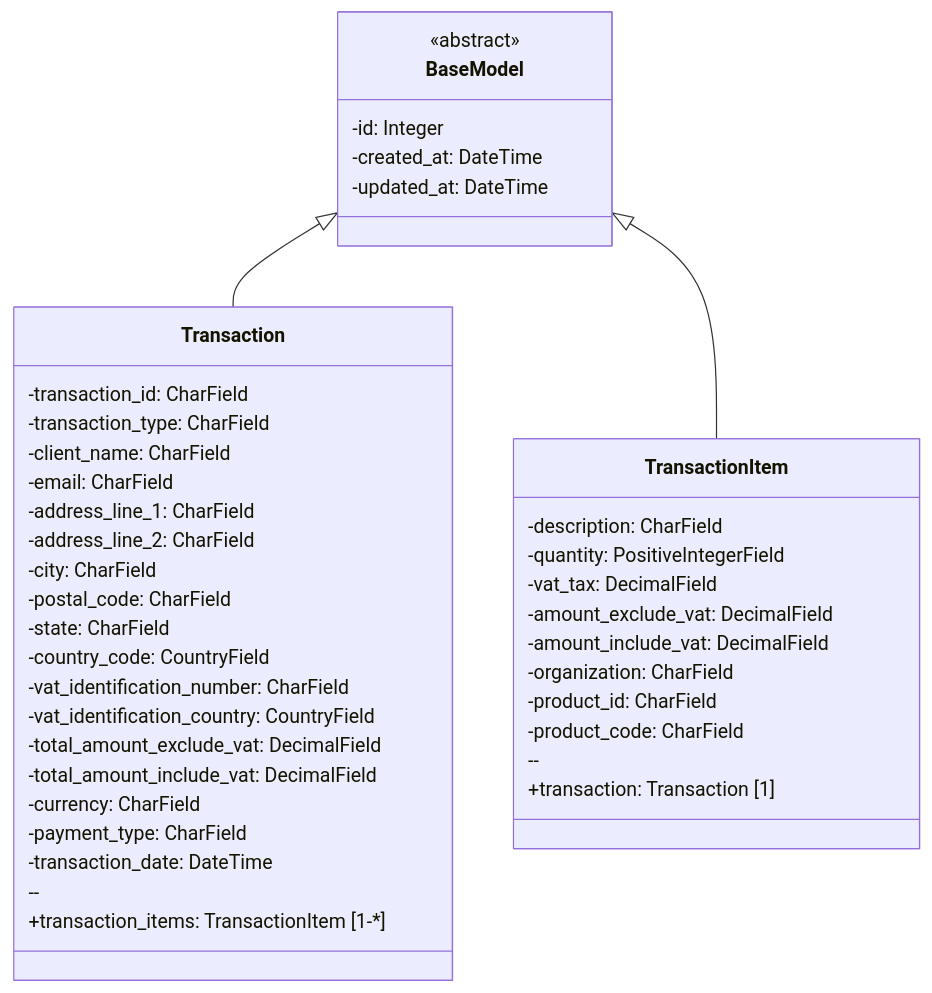
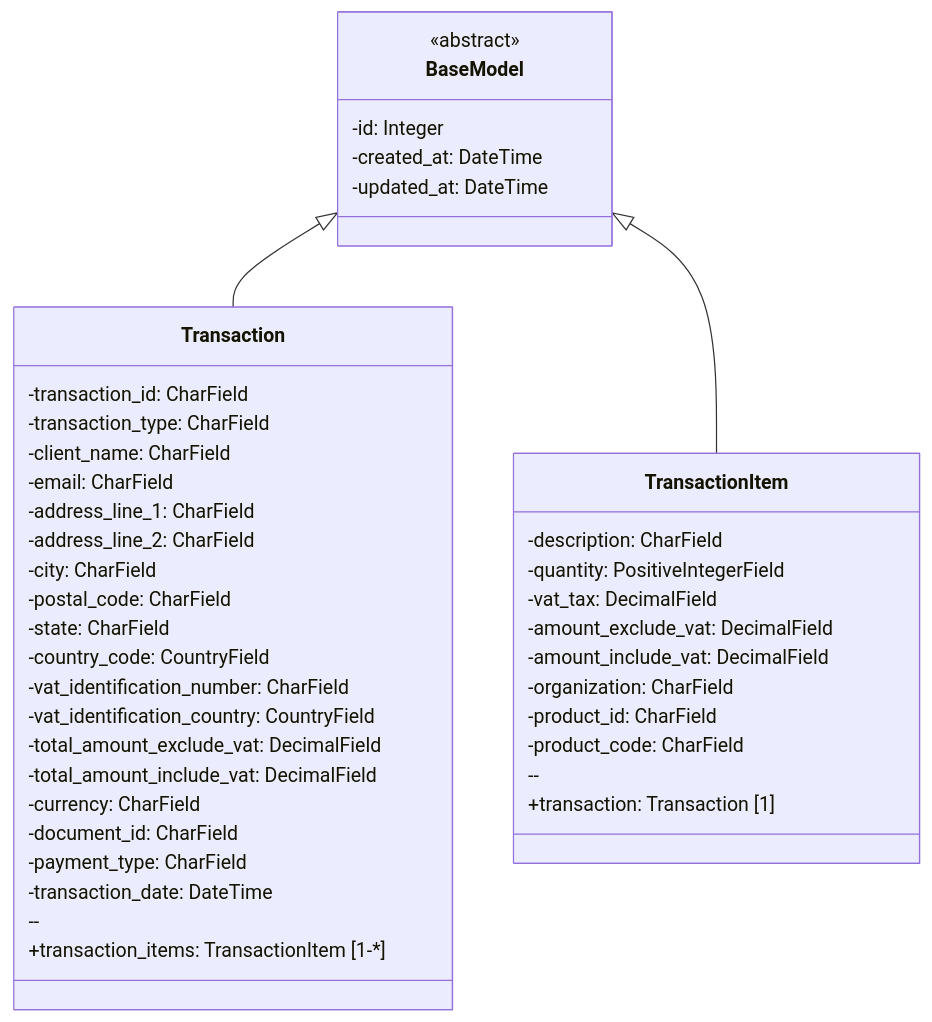
The diagram in apps/billing/README.md (fccn/nau-financial-manager), drawn with Mermaid before and after one commit. The commit also changed 4 other files, not shown here.

````diff
--- a/apps/billing/README.md
+++ b/apps/billing/README.md
@@ -8,44 +8,45 @@
 ```mermaid
 classDiagram
     class BaseModel {
         <<abstract>>
         -id: Integer
         -created_at: DateTime
         -updated_at: DateTime
     }
     class Transaction {
         -transaction_id: CharField
         -transaction_type: CharField
         -client_name: CharField
         -email: CharField
         -address_line_1: CharField
         -address_line_2: CharField
         -city: CharField
         -postal_code: CharField
         -state: CharField
         -country_code: CountryField
         -vat_identification_number: CharField
         -vat_identification_country: CountryField
         -total_amount_exclude_vat: DecimalField
         -total_amount_include_vat: DecimalField
         -currency: CharField
+        -document_id: CharField
         -payment_type: CharField
         -transaction_date: DateTime
         --
         +transaction_items: TransactionItem [1-*]
     }
     class TransactionItem {
         -description: CharField
         -quantity: PositiveIntegerField
         -vat_tax: DecimalField
         -amount_exclude_vat: DecimalField
         -amount_include_vat: DecimalField
         -organization: CharField
         -product_id: CharField
         -product_code: CharField
         --
         +transaction: Transaction [1]
     }
     BaseModel <|-- Transaction
     BaseModel <|-- TransactionItem
 ```
````
